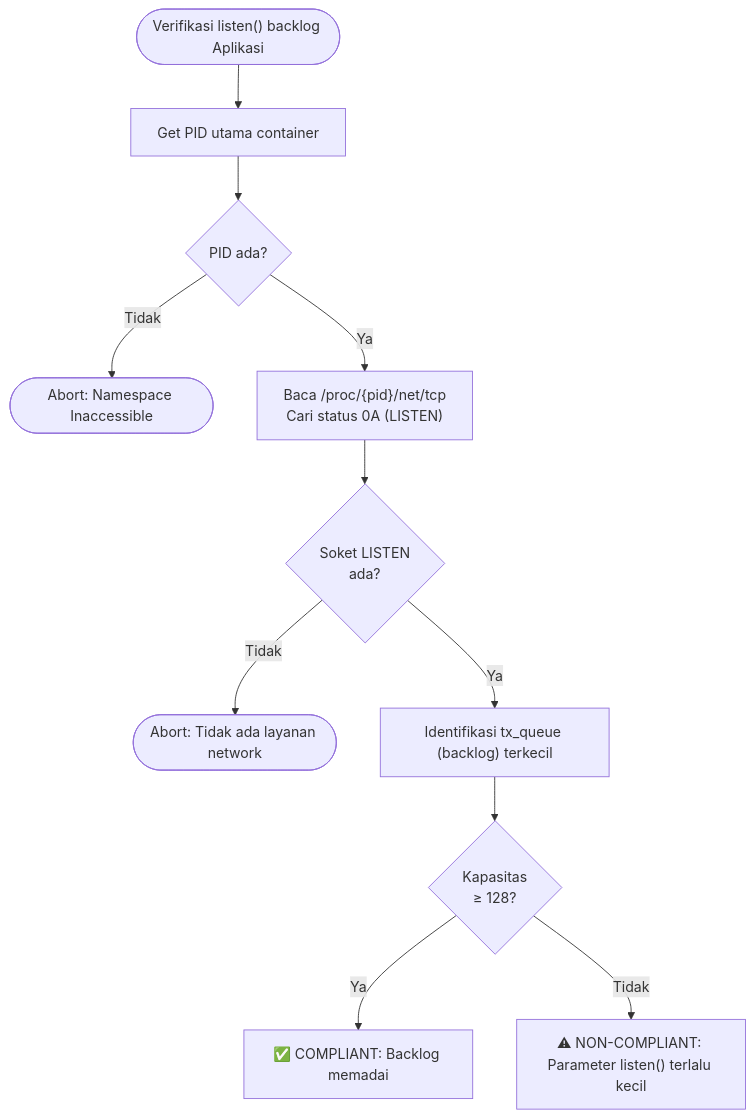
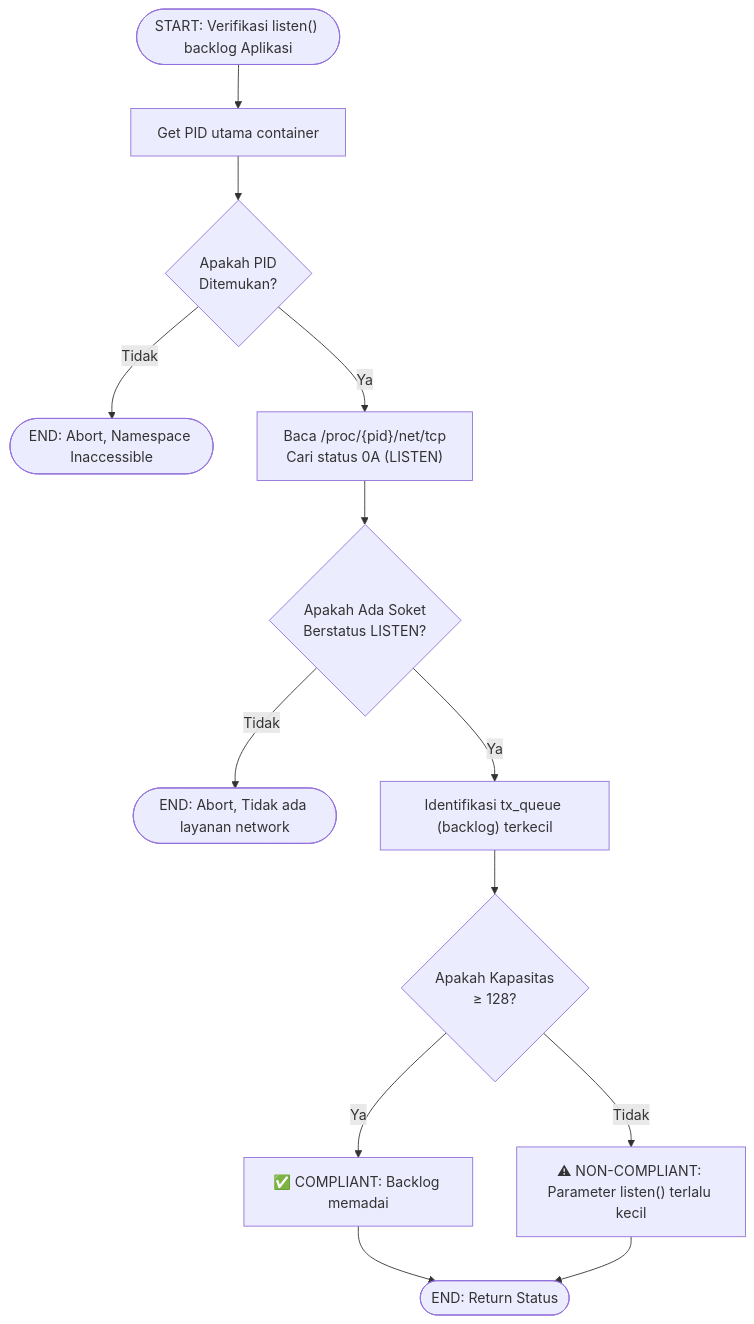
Before and after one commit to fauzanreza/green-container-framework: the third of 3 diagrams in architecture-diagrams/layer-4-shaper/03_tcp_backlog.md, drawn with Mermaid. The commit also changed other lines of this file and 17 other files, not shown here.

Commit message:
edit fitur, menyesuaikan Architecture Diagram

````diff
--- a/architecture-diagrams/layer-4-shaper/03_tcp_backlog.md
+++ b/architecture-diagrams/layer-4-shaper/03_tcp_backlog.md
@@ -105,29 +105,34 @@
 ```mermaid
 flowchart TD
-    START2(["Verifikasi listen() backlog Aplikasi"])
+    START(["START: Verifikasi listen() backlog Aplikasi"])
 
     CARI_PROSES["Get PID utama container"]
-    KETEMU{"PID ada?"}
-    LEWATI(["Abort: Namespace Inaccessible"])
+    KETEMU{"Apakah PID<br/>Ditemukan?"}
+    LEWATI(["END: Abort, Namespace Inaccessible"])
 
     BACA_PINTU["Baca /proc/{pid}/net/tcp<br/>Cari status 0A (LISTEN)"]
-    ADA_PINTU{"Soket LISTEN<br/>ada?"}
-    TIDAK_ADA(["Abort: Tidak ada layanan network"])
+    ADA_PINTU{"Apakah Ada Soket<br/>Berstatus LISTEN?"}
+    TIDAK_ADA(["END: Abort, Tidak ada layanan network"])
 
     CARI_TERKECIL["Identifikasi tx_queue (backlog) terkecil"]
-    CUKUP{"Kapasitas<br/>≥ 128?"}
+    CUKUP{"Apakah Kapasitas<br/>≥ 128?"}
 
     APP_AMAN["✅ COMPLIANT: Backlog memadai"]
     APP_KECIL["⚠ NON-COMPLIANT: Parameter listen() terlalu kecil"]
 
-    START2 --> CARI_PROSES
+    SELESAI(["END: Return Status"])
+
+    START --> CARI_PROSES
     CARI_PROSES --> KETEMU
     KETEMU -->|Tidak| LEWATI
     KETEMU -->|Ya| BACA_PINTU
     BACA_PINTU --> ADA_PINTU
     ADA_PINTU -->|Tidak| TIDAK_ADA
     ADA_PINTU -->|Ya| CARI_TERKECIL
     CARI_TERKECIL --> CUKUP
     CUKUP -->|Ya| APP_AMAN
     CUKUP -->|Tidak| APP_KECIL
+
+    APP_AMAN --> SELESAI
+    APP_KECIL --> SELESAI
 ```
````
